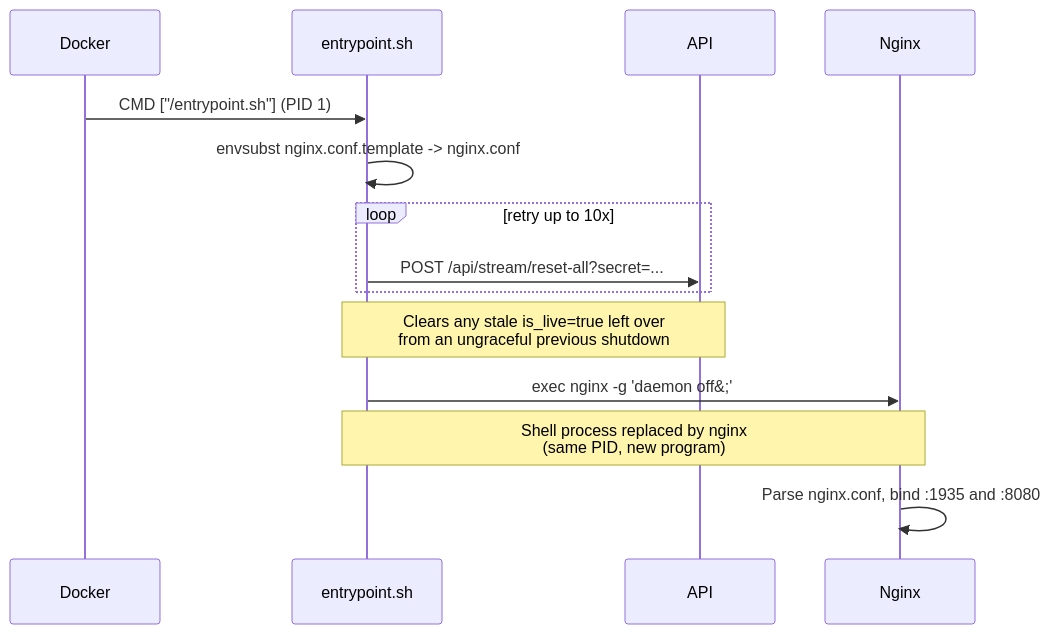
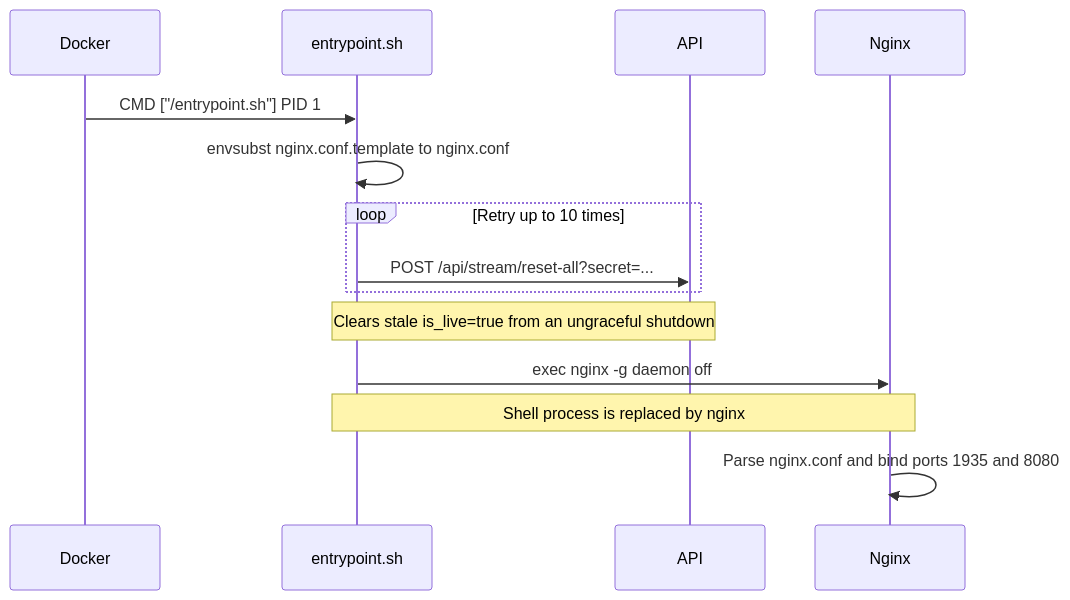
Before and after one commit to Ravjot-Singh/streaming-platform: the second of 6 diagrams in readme.md, drawn with Mermaid. The commit also changed other lines of this file, not shown here.

Commit message:
diagram fix

````diff
--- a/readme.md
+++ b/readme.md
@@ -132,17 +132,21 @@
 ```mermaid
 sequenceDiagram
     participant Docker
     participant Entrypoint as entrypoint.sh
     participant API
     participant Nginx
 
-    Docker->>Entrypoint: CMD ["/entrypoint.sh"] (PID 1)
-    Entrypoint->>Entrypoint: envsubst nginx.conf.template -> nginx.conf
-    loop retry up to 10x
+    Docker->>Entrypoint: CMD ["/entrypoint.sh"] PID 1
+    Entrypoint->>Entrypoint: envsubst nginx.conf.template to nginx.conf
+
+    loop Retry up to 10 times
         Entrypoint->>API: POST /api/stream/reset-all?secret=...
     end
-    Note over Entrypoint,API: Clears any stale is_live=true left over<br/>from an ungraceful previous shutdown
-    Entrypoint->>Nginx: exec nginx -g 'daemon off&#59;'
-    Note over Entrypoint,Nginx: Shell process replaced by nginx<br/>(same PID, new program)
-    Nginx->>Nginx: Parse nginx.conf, bind :1935 and :8080
+
+    Note over Entrypoint,API: Clears stale is_live=true from an ungraceful shutdown
+
+    Entrypoint->>Nginx: exec nginx -g daemon off
+    Note over Entrypoint,Nginx: Shell process is replaced by nginx
+
+    Nginx->>Nginx: Parse nginx.conf and bind ports 1935 and 8080
 ```
````
